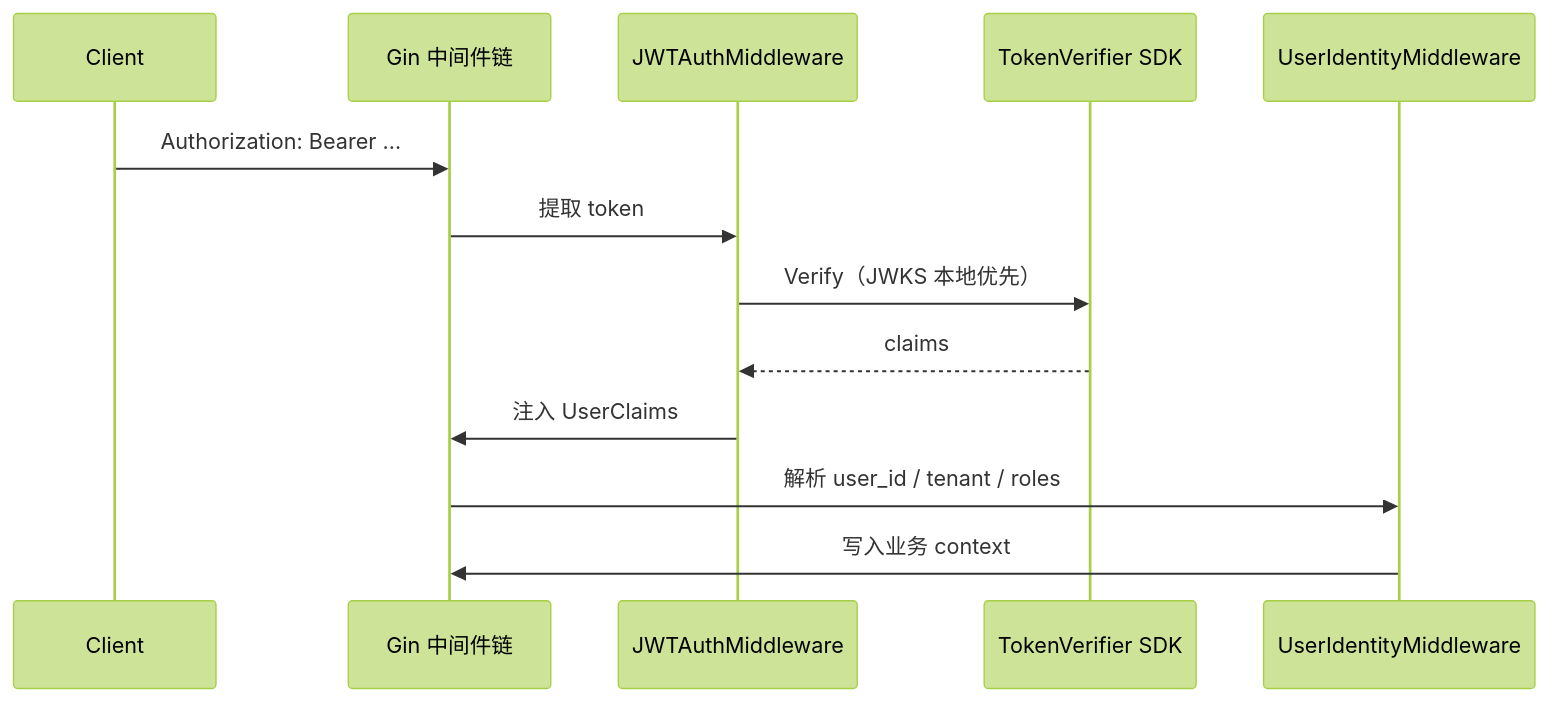
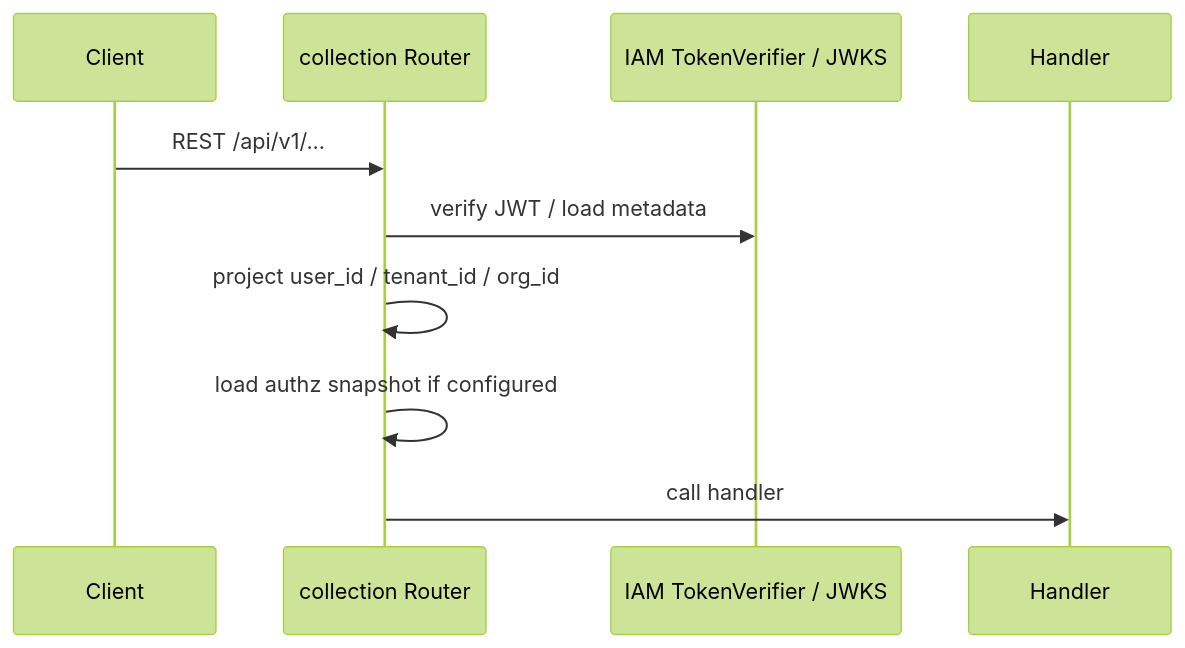
The second of 4 diagrams in docs/01-运行时/05-IAM认证与身份链路.md (FangcunMount/qs-server), drawn with Mermaid (forest theme) before and after one commit. The commit also changed other lines of this file and 18 other files, not shown here.

````diff
--- a/docs/01-运行时/05-IAM认证与身份链路.md
+++ b/docs/01-运行时/05-IAM认证与身份链路.md
@@ -78,16 +85,13 @@
 ```mermaid
 sequenceDiagram
-    participant U as Client
-    participant Gin as Gin 中间件链
-    participant JWT as JWTAuthMiddleware
-    participant TV as TokenVerifier SDK
-    participant UI as UserIdentityMiddleware
+    participant C as Client
+    participant R as collection Router
+    participant IAM as IAM TokenVerifier / JWKS
+    participant H as Handler
 
-    U->>Gin: Authorization: Bearer …
-    Gin->>JWT: 提取 token
-    JWT->>TV: Verify（JWKS 本地优先）
-    TV-->>JWT: claims
-    JWT->>Gin: 注入 UserClaims
-    Gin->>UI: 解析 user_id / tenant / roles
-    UI->>Gin: 写入业务 context
+    C->>R: REST /api/v1/...
+    R->>IAM: verify JWT / load metadata
+    R->>R: project user_id / tenant_id / org_id
+    R->>R: load authz snapshot if configured
+    R->>H: call handler
 ```
````
